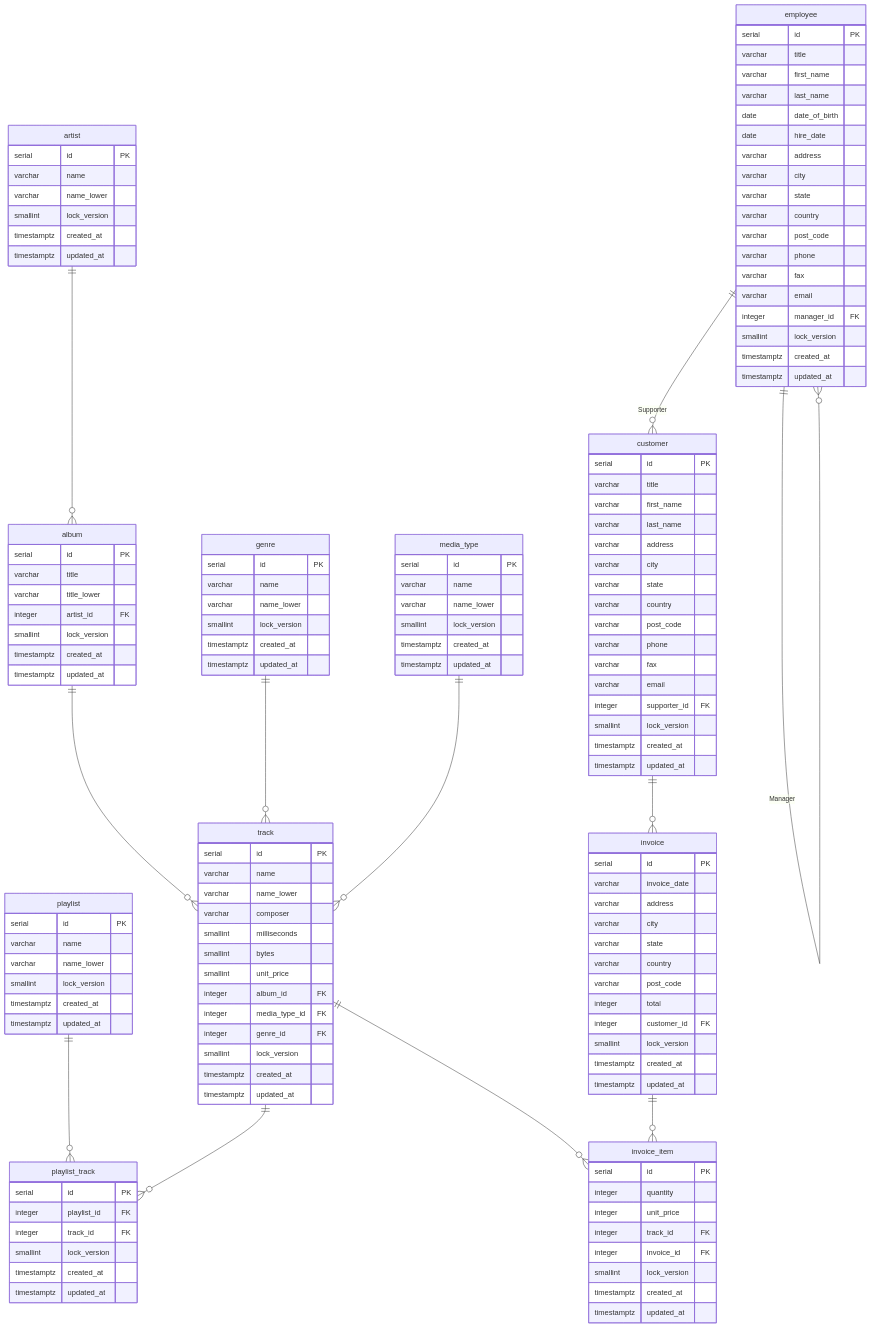
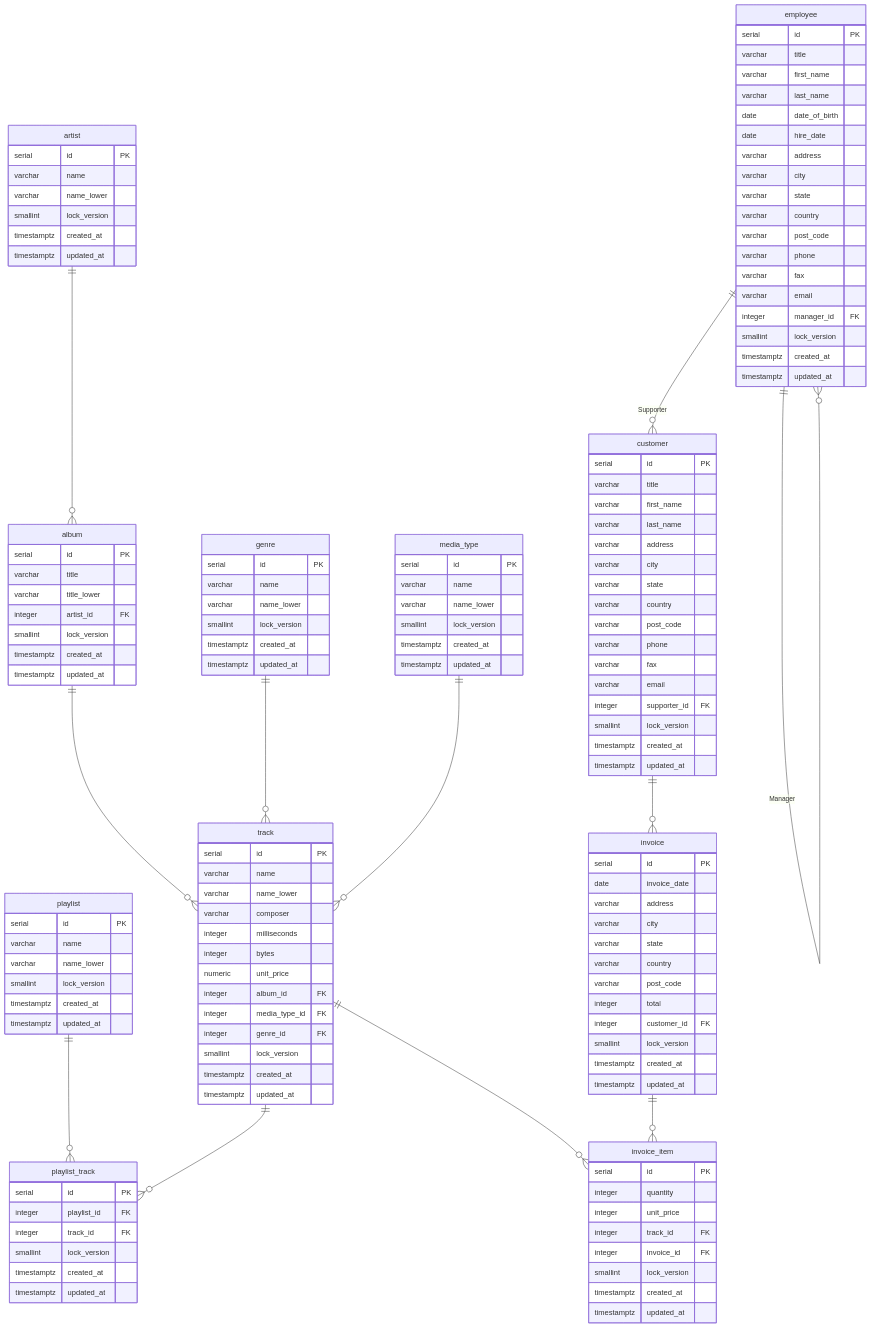
The second of 2 diagrams in docs/postgresql.md (dooley-ch/mistral), drawn with Mermaid before and after one commit. The commit also changed other lines of this file and 50 other files, not shown here.

```diff
--- a/docs/postgresql.md
+++ b/docs/postgresql.md
@@ -131,9 +131,9 @@
         varchar name
         varchar name_lower
         varchar composer
-        smallint milliseconds
-        smallint bytes
-        smallint unit_price
+        integer milliseconds
+        integer bytes
+        numeric unit_price
         integer album_id FK
         integer media_type_id FK
         integer genre_id FK
@@ -162,7 +162,7 @@
     
     invoice {
         serial id PK
-        varchar invoice_date
+        date invoice_date
         varchar address
         varchar city
         varchar state
```
